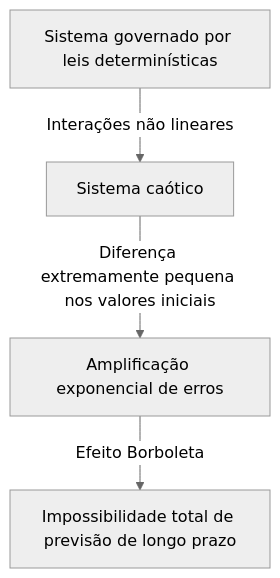
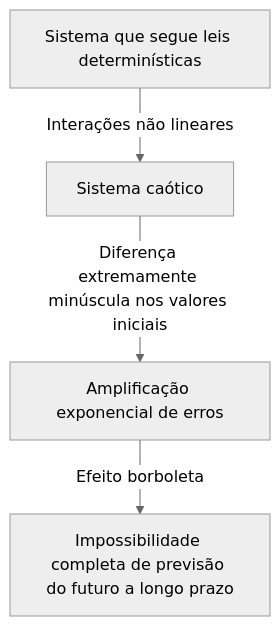
The first of 2 diagrams in content/post/chaos-theory/index.pt.md (kenjinote/blog), drawn with Mermaid (neutral theme) before and after one commit. The commit also changed other lines of this file and 97 other files, not shown here.

````diff
--- a/content/post/chaos-theory/index.pt.md
+++ b/content/post/chaos-theory/index.pt.md
@@ -38,6 +38,6 @@
 ```mermaid
 graph TD
-    A["Sistema governado por leis determinísticas"] -->|"Interações não lineares"| B["Sistema caótico"]
-    B -->|"Diferença extremamente pequena nos valores iniciais"| C["Amplificação exponencial de erros"]
-    C -->|"Efeito Borboleta"| D["Impossibilidade total de previsão de longo prazo"]
+    A["Sistema que segue leis determinísticas"] -->|"Interações não lineares"| B["Sistema caótico"]
+    B -->|"Diferença extremamente minúscula nos valores iniciais"| C["Amplificação exponencial de erros"]
+    C -->|"Efeito borboleta"| D["Impossibilidade completa de previsão do futuro a longo prazo"]
 ```
````
